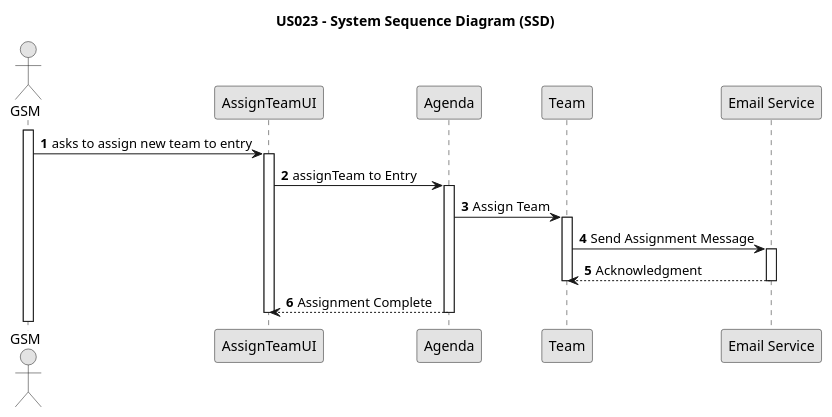
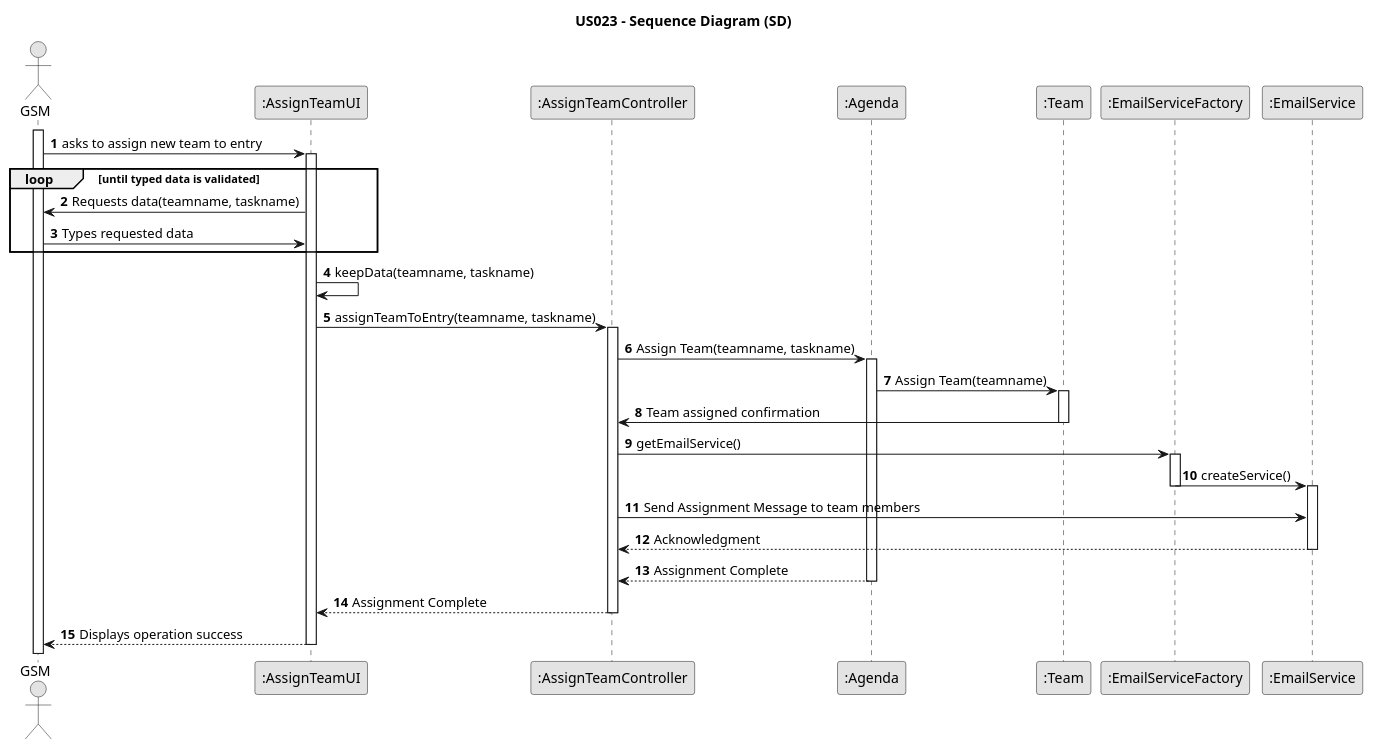
The diagram in docs/SprintC/us023/03.design/puml/us023-sequence-diagram.puml (Rui-San/LAPR2_2023_2024), drawn with PlantUML before and after one commit. The commit also changed 1 other file, not shown here.

Commit message:
US23 - kept working on SSD and SD

```diff
--- a/docs/SprintC/us023/03.design/puml/us023-sequence-diagram.puml
+++ b/docs/SprintC/us023/03.design/puml/us023-sequence-diagram.puml
@@ -1,33 +1,58 @@
 @startuml
 skinparam monochrome true
 skinparam packageStyle rectangle
 skinparam shadowing false
 
-title US023 - System Sequence Diagram (SSD)
+title US023 - Sequence Diagram (SD)
 
 autonumber
 
 actor "GSM" as GSM
-participant "AssignTeamUI" as UI
-participant "Agenda" as Agenda
-participant "Team" as Team
-participant "Email Service" as EmailService
+participant ":AssignTeamUI" as UI
+participant ":AssignTeamController" as CTRL
+participant ":Agenda" as Agenda
+participant ":Team" as Team
+participant ":EmailServiceFactory" as EmailServiceFactory
+participant ":EmailService" as EmailService
 
 activate GSM
 
     GSM -> UI: asks to assign new team to entry
     activate UI
-    UI -> Agenda: assignTeam to Entry
+
+    loop until typed data is validated
+    UI -> GSM: Requests data(teamname, taskname)
+    GSM -> UI: Types requested data
+    end loop
+
+    UI -> UI: keepData(teamname, taskname)
+
+    UI -> CTRL: assignTeamToEntry(teamname, taskname)
+    activate CTRL
+
+    CTRL -> Agenda: Assign Team(teamname, taskname)
     activate Agenda
-    Agenda -> Team: Assign Team
+    Agenda -> Team: Assign Team(teamname)
     activate Team
-    Team -> EmailService: Send Assignment Message
+    Team -> CTRL: Team assigned confirmation
+    deactivate Team
+
+    CTRL -> EmailServiceFactory: getEmailService()
+    activate EmailServiceFactory
+    EmailServiceFactory -> EmailService: createService()
+    deactivate EmailServiceFactory
     activate EmailService
-    EmailService --> Team: Acknowledgment
+    CTRL -> EmailService: Send Assignment Message to team members
+    EmailService --> CTRL: Acknowledgment
     deactivate EmailService
-    deactivate Team
-    Agenda --> UI: Assignment Complete
+
+    Agenda --> CTRL: Assignment Complete
     deactivate Agenda
+
+    CTRL --> UI: Assignment Complete
+    deactivate CTRL
+
+    UI --> GSM: Displays operation success
     deactivate UI
 
 @enduml
```
